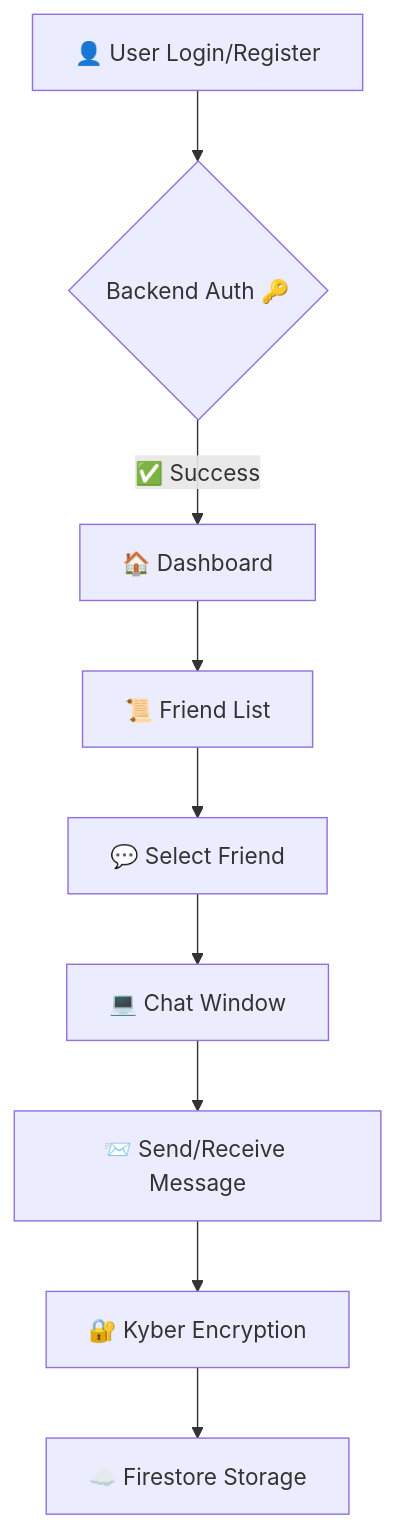
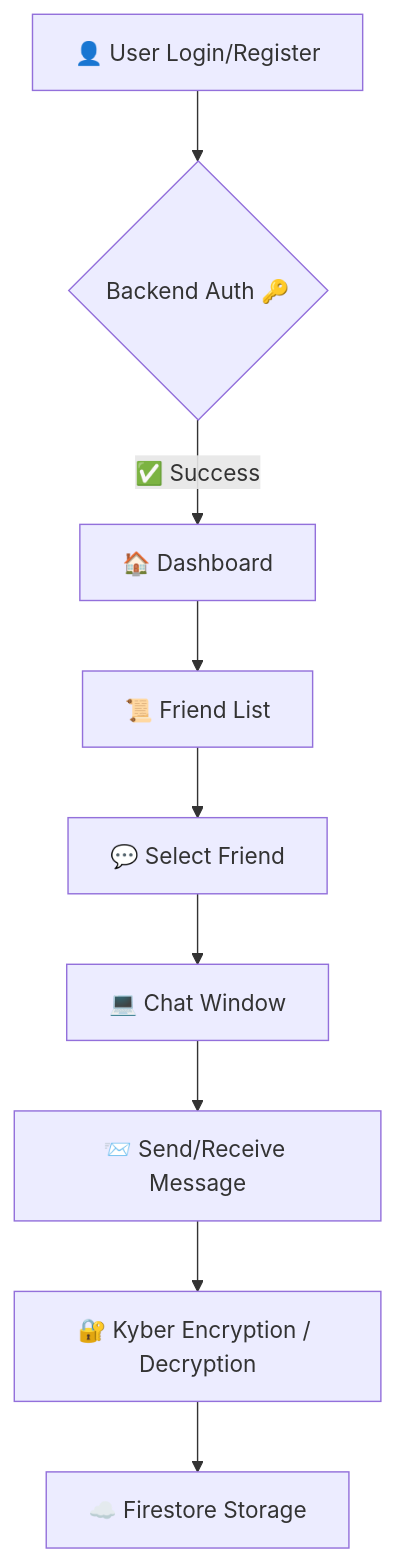
The diagram in README.md (uunchaicrypto/pqmessenger), drawn with Mermaid before and after one commit.

Commit message:
docs : Update README.md

````diff
--- a/README.md
+++ b/README.md
@@ -100,11 +100,11 @@
 ```mermaid
 flowchart TD
     A[👤 User Login/Register] --> B{Backend Auth 🔑}
     B -->|✅ Success| C[🏠 Dashboard]
     C --> D[📜 Friend List]
     D --> E[💬 Select Friend]
     E --> F[💻 Chat Window]
     F --> G[📨 Send/Receive Message]
-    G --> H[🔐 Kyber Encryption]
+    G --> H[🔐 Kyber Encryption / Decryption]
     H --> I[☁️ Firestore Storage]
 ```
````
